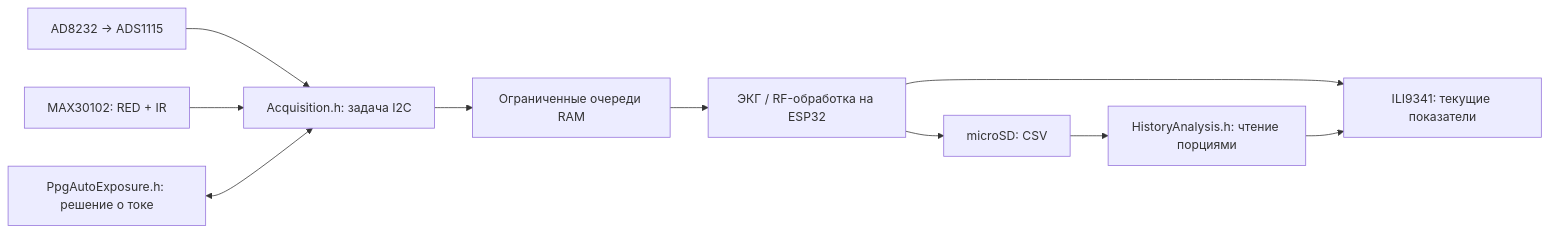
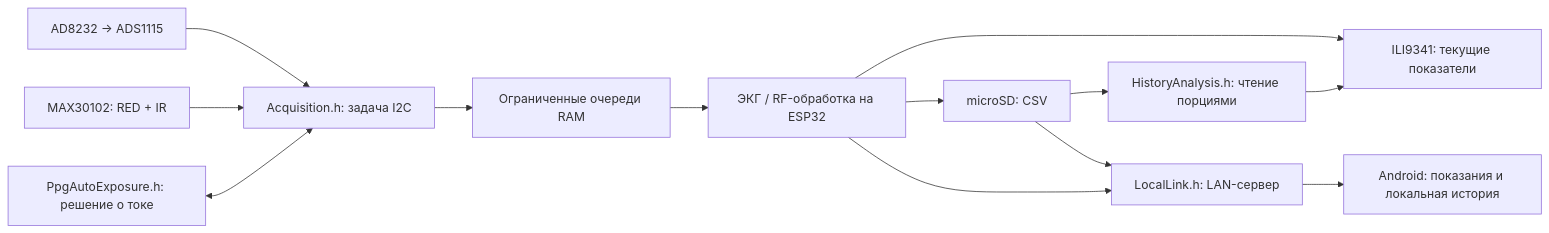
Before and after one commit to TeemFlash/CardioMonitor: the diagram in README.md, drawn with Mermaid. The commit also changed other lines of this file and 21 other files, not shown here.

Commit message:
Connect Android to local ESP32 live data and microSD history

````diff
--- a/README.md
+++ b/README.md
@@ -132,12 +134,15 @@
 ```mermaid
 flowchart LR
     ADS["AD8232 → ADS1115"] --> ACQ["Acquisition.h: задача I2C"]
     MAX["MAX30102: RED + IR"] --> ACQ
     AGC["PpgAutoExposure.h: решение о токе"] <--> ACQ
     ACQ --> Q["Ограниченные очереди RAM"]
     Q --> PROC["ЭКГ / RF-обработка на ESP32"]
     PROC --> UI["ILI9341: текущие показатели"]
     PROC --> SD["microSD: CSV"]
     SD --> HIST["HistoryAnalysis.h: чтение порциями"]
     HIST --> UI
+    PROC --> LINK["LocalLink.h: LAN-сервер"]
+    SD --> LINK
+    LINK --> APP["Android: показания и локальная история"]
 ```
````
